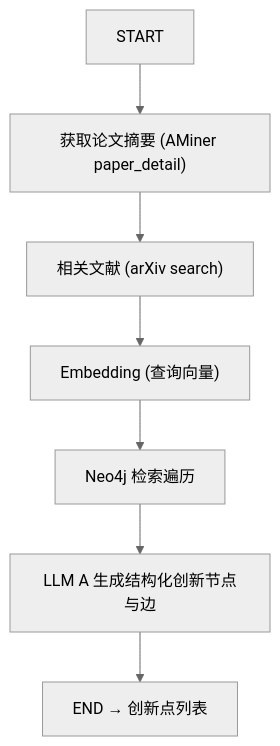
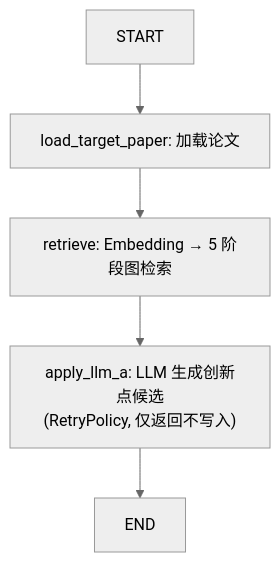
The third of 3 diagrams in docs/architecture.md (cheanus/IdeaForgeX), drawn with Mermaid (neutral theme) before and after one commit. The commit also changed other lines of this file and 13 other files, not shown here.

````diff
--- a/docs/architecture.md
+++ b/docs/architecture.md
@@ -111,10 +122,8 @@
 ```mermaid
 flowchart TD
     S["START"]
-    S --> P1["获取论文摘要 (AMiner paper_detail)"]
-    P1 --> P2["相关文献 (arXiv search)"]
-    P2 --> E["Embedding (查询向量)"]
-    E --> R["Neo4j 检索遍历"]
-    R --> G["LLM A 生成结构化创新节点与边"]
-    G --> O["END → 创新点列表"]
+    S --> P1["load_target_paper: 加载论文"]
+    P1 --> RET["retrieve: Embedding → 5 阶段图检索"]
+    RET --> G["apply_llm_a: LLM 生成创新点候选<br/>(RetryPolicy, 仅返回不写入)"]
+    G --> E["END"]
 ```
````
